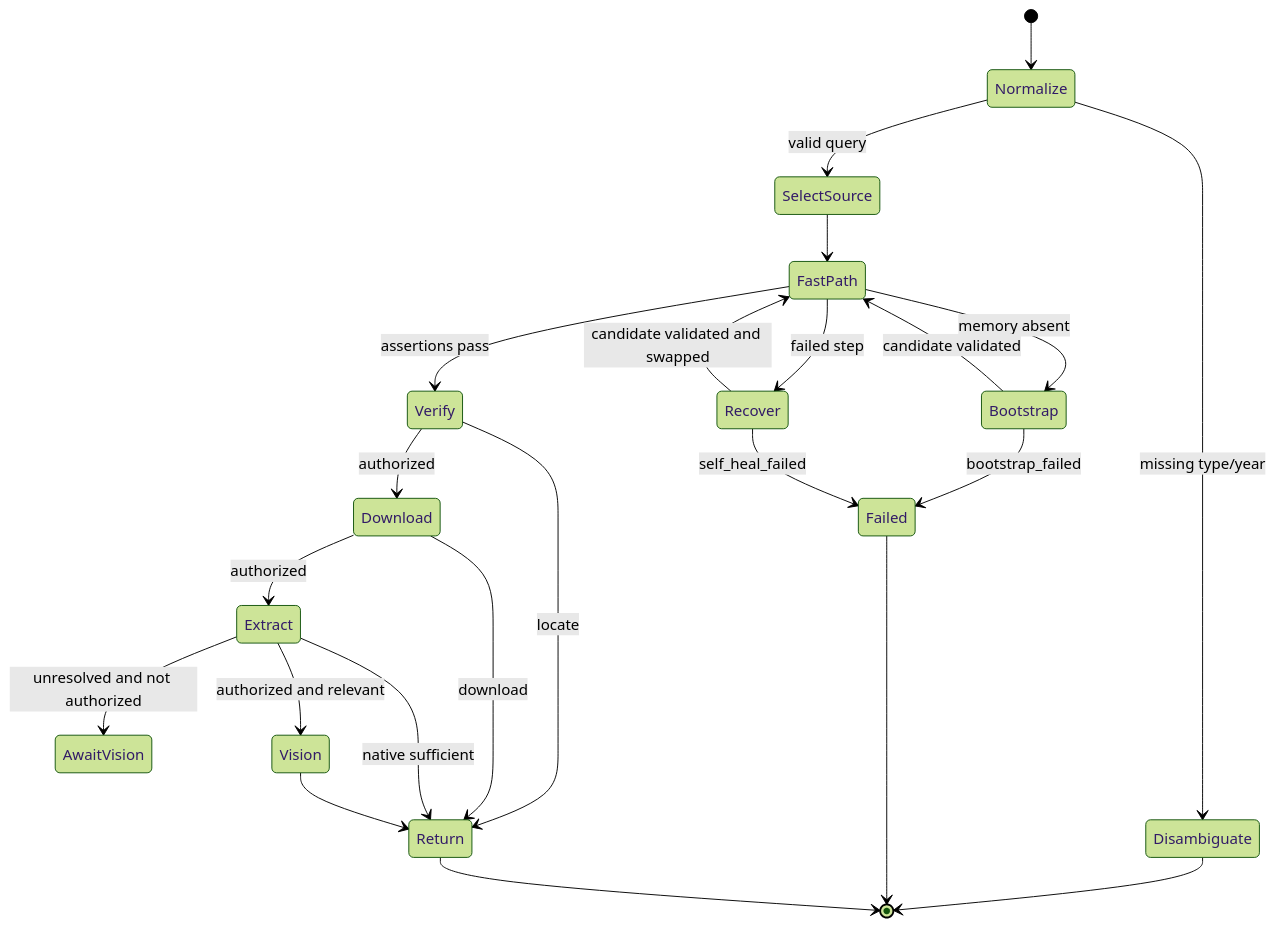
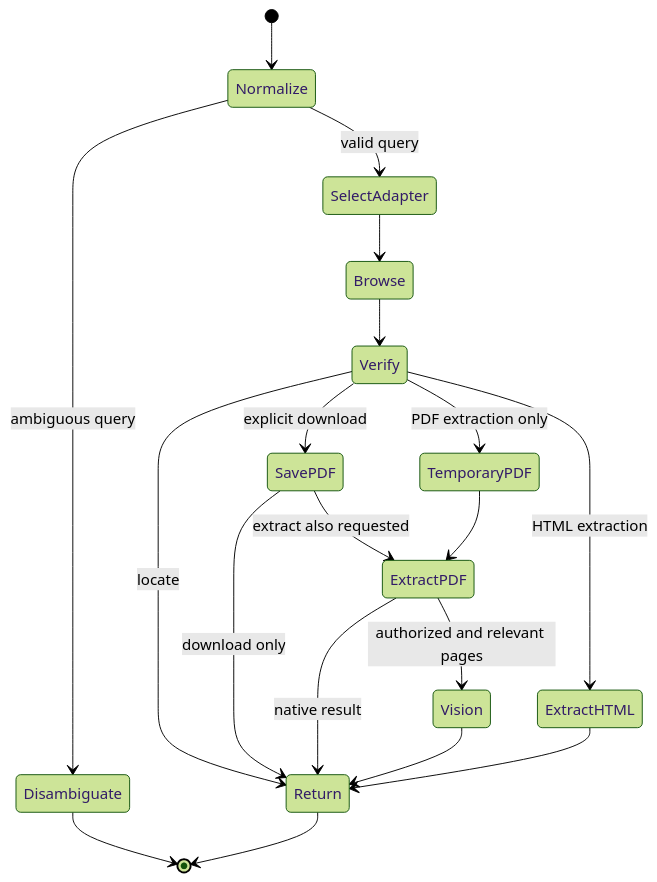
One commit to miaoshou-dev/cdc-health-report-skill changed the diagram in references/workflow.md. Above: the diagram before and after it, drawn with Mermaid (forest theme). The commit also changed other lines of this file and 28 other files, not shown here.

````diff
--- a/references/workflow.md
+++ b/references/workflow.md
@@ -3,25 +3,21 @@
 ```mermaid
 stateDiagram-v2
   [*] --> Normalize
-  Normalize --> Disambiguate: missing type/year
-  Normalize --> SelectSource: valid query
-  SelectSource --> FastPath
-  FastPath --> Verify: assertions pass
-  FastPath --> Bootstrap: memory absent
-  FastPath --> Recover: failed step
-  Bootstrap --> FastPath: candidate validated
-  Recover --> FastPath: candidate validated and swapped
-  Bootstrap --> Failed: bootstrap_failed
-  Recover --> Failed: self_heal_failed
+  Normalize --> Disambiguate: ambiguous query
+  Normalize --> SelectAdapter: valid query
+  SelectAdapter --> Browse
+  Browse --> Verify
   Verify --> Return: locate
-  Verify --> Download: authorized
-  Download --> Return: download
-  Download --> Extract: authorized
-  Extract --> Return: native sufficient
-  Extract --> AwaitVision: unresolved and not authorized
-  Extract --> Vision: authorized and relevant
+  Verify --> SavePDF: explicit download
+  Verify --> TemporaryPDF: PDF extraction only
+  Verify --> ExtractHTML: HTML extraction
+  SavePDF --> ExtractPDF: extract also requested
+  SavePDF --> Return: download only
+  TemporaryPDF --> ExtractPDF
+  ExtractPDF --> Vision: authorized and relevant pages
+  ExtractPDF --> Return: native result
   Vision --> Return
+  ExtractHTML --> Return
   Disambiguate --> [*]
-  Failed --> [*]
   Return --> [*]
 ```
````
